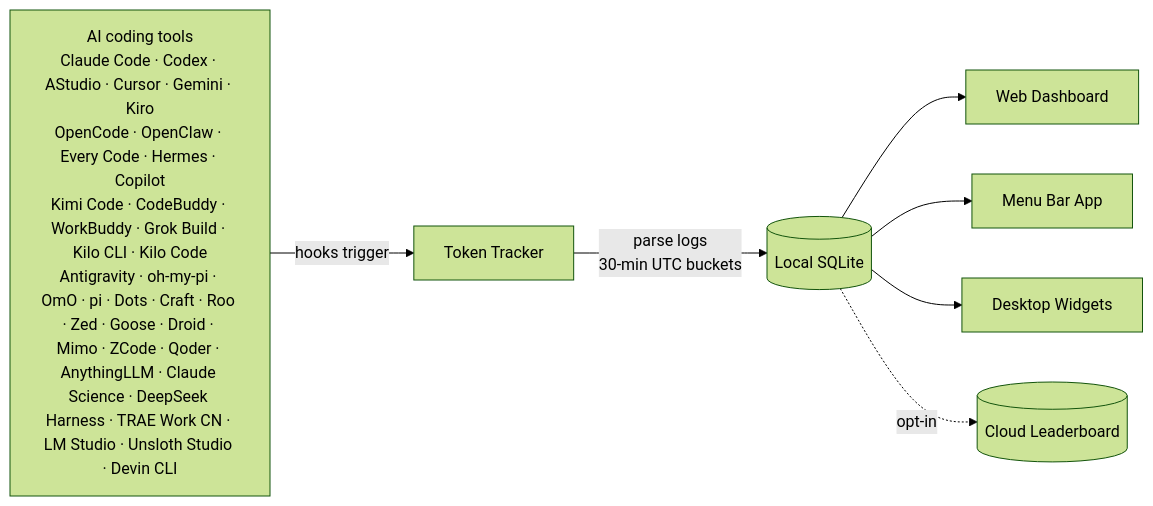
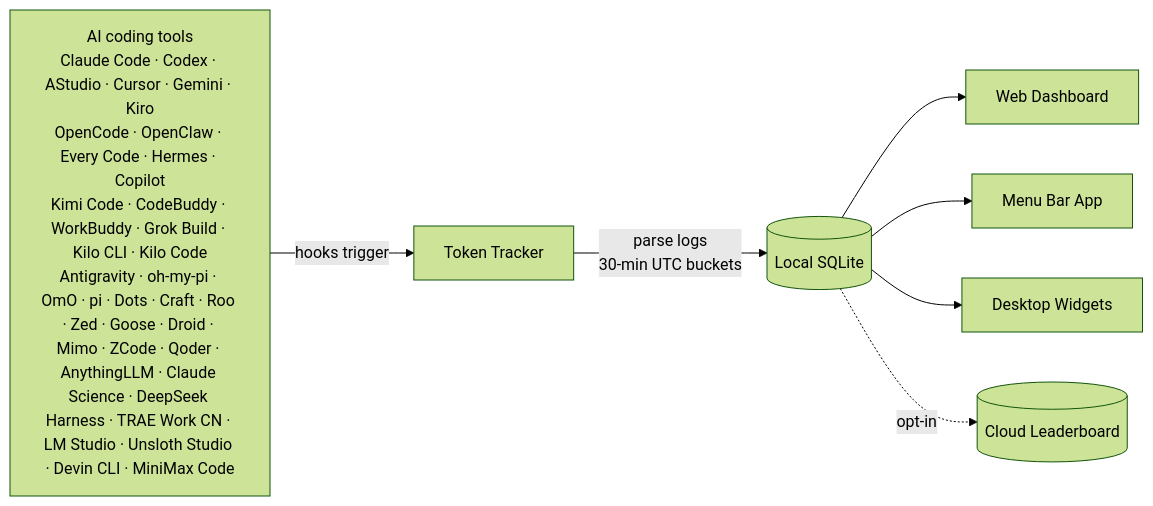
The diagram in README.md (1490459250li-hub/TokenTracker), drawn with Mermaid (forest theme) before and after one commit. The commit also changed other lines of this file and 22 other files, not shown here.

First line of the commit message:
feat: track MiniMax Code usage from local session logs

````diff
--- a/README.md
+++ b/README.md
@@ -315,10 +316,10 @@
 ```mermaid
 flowchart LR
-    A["AI coding tools<br/>Claude Code · Codex · AStudio · Cursor · Gemini · Kiro<br/>OpenCode · OpenClaw · Every Code · Hermes · Copilot<br/>Kimi Code · CodeBuddy · WorkBuddy · Grok Build · Kilo CLI · Kilo Code<br/>Antigravity · oh-my-pi · OmO · pi · Dots · Craft · Roo · Zed · Goose · Droid · Mimo · ZCode · Qoder · AnythingLLM · Claude Science · DeepSeek Harness · TRAE Work CN · LM Studio · Unsloth Studio · Devin CLI"]
+    A["AI coding tools<br/>Claude Code · Codex · AStudio · Cursor · Gemini · Kiro<br/>OpenCode · OpenClaw · Every Code · Hermes · Copilot<br/>Kimi Code · CodeBuddy · WorkBuddy · Grok Build · Kilo CLI · Kilo Code<br/>Antigravity · oh-my-pi · OmO · pi · Dots · Craft · Roo · Zed · Goose · Droid · Mimo · ZCode · Qoder · AnythingLLM · Claude Science · DeepSeek Harness · TRAE Work CN · LM Studio · Unsloth Studio · Devin CLI · MiniMax Code"]
     A -->|hooks trigger| B[Token Tracker]
     B -->|parse logs<br/>30-min UTC buckets| C[(Local SQLite)]
     C --> D[Web Dashboard]
     C --> E[Menu Bar App]
     C --> F[Desktop Widgets]
     C -.->|opt-in| G[(Cloud Leaderboard)]
 ```
````
